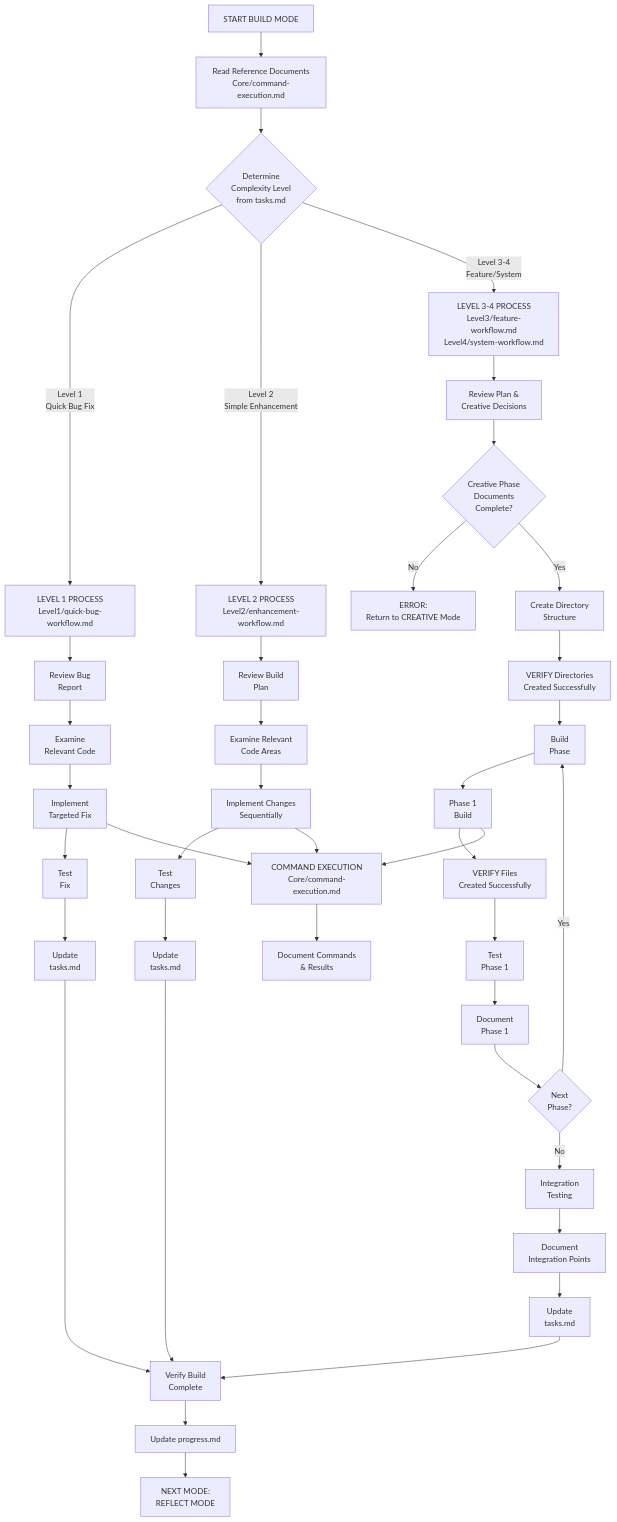
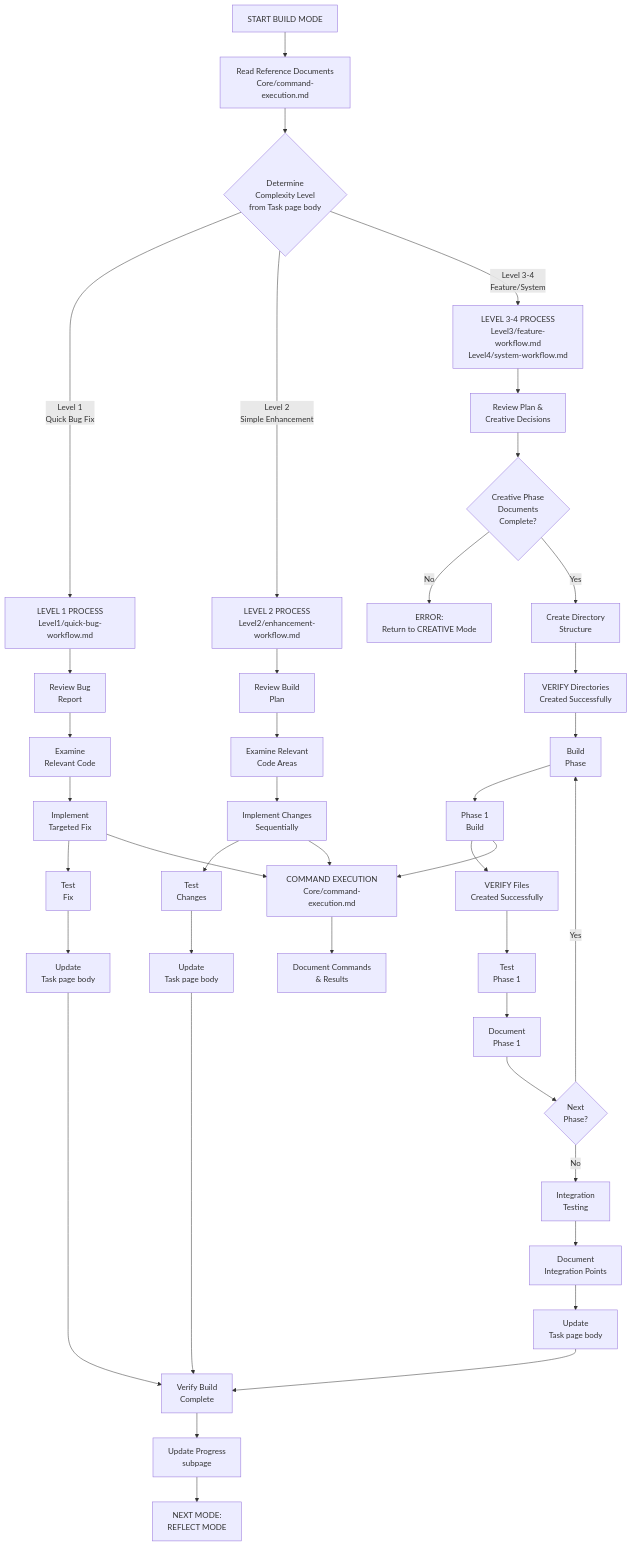
Before and after one commit to xianzhu21/cursor-memory-notion: the first of 5 diagrams in .cursor/rules/isolation_rules/visual-maps/build-mode-map.mdc, drawn with Mermaid. The commit also changed other lines of this file and 37 other files, not shown here.

````diff
--- a/.cursor/rules/isolation_rules/visual-maps/build-mode-map.mdc
+++ b/.cursor/rules/isolation_rules/visual-maps/build-mode-map.mdc
@@ -13,54 +17,54 @@
 ```mermaid
 graph TD
     Start["START BUILD MODE"] --> ReadDocs["Read Reference Documents<br>Core/command-execution.md"]
     
     %% Initialization
-    ReadDocs --> CheckLevel{"Determine<br>Complexity Level<br>from tasks.md"}
+    ReadDocs --> CheckLevel{"Determine<br>Complexity Level<br>from Task page body"}
     
     %% Level 1 Implementation
     CheckLevel -->|"Level 1<br>Quick Bug Fix"| L1Process["LEVEL 1 PROCESS<br>Level1/quick-bug-workflow.md"]
     L1Process --> L1Review["Review Bug<br>Report"]
     L1Review --> L1Examine["Examine<br>Relevant Code"]
     L1Examine --> L1Fix["Implement<br>Targeted Fix"]
     L1Fix --> L1Test["Test<br>Fix"]
-    L1Test --> L1Update["Update<br>tasks.md"]
+    L1Test --> L1Update["Update<br>Task page body"]
     
     %% Level 2 Implementation
     CheckLevel -->|"Level 2<br>Simple Enhancement"| L2Process["LEVEL 2 PROCESS<br>Level2/enhancement-workflow.md"]
     L2Process --> L2Review["Review Build<br>Plan"]
     L2Review --> L2Examine["Examine Relevant<br>Code Areas"]
     L2Examine --> L2Implement["Implement Changes<br>Sequentially"]
     L2Implement --> L2Test["Test<br>Changes"]
-    L2Test --> L2Update["Update<br>tasks.md"]
+    L2Test --> L2Update["Update<br>Task page body"]
     
     %% Level 3-4 Implementation
     CheckLevel -->|"Level 3-4<br>Feature/System"| L34Process["LEVEL 3-4 PROCESS<br>Level3/feature-workflow.md<br>Level4/system-workflow.md"]
     L34Process --> L34Review["Review Plan &<br>Creative Decisions"]
     L34Review --> L34Phase{"Creative Phase<br>Documents<br>Complete?"}
     
     L34Phase -->|"No"| L34Error["ERROR:<br>Return to CREATIVE Mode"]
     L34Phase -->|"Yes"| L34DirSetup["Create Directory<br>Structure"]
     L34DirSetup --> L34VerifyDirs["VERIFY Directories<br>Created Successfully"]
     L34VerifyDirs --> L34Implementation["Build<br>Phase"]
     
     %% Implementation Phases
     L34Implementation --> L34Phase1["Phase 1<br>Build"]
     L34Phase1 --> L34VerifyFiles["VERIFY Files<br>Created Successfully"]
     L34VerifyFiles --> L34Test1["Test<br>Phase 1"]
     L34Test1 --> L34Document1["Document<br>Phase 1"]
     L34Document1 --> L34Next1{"Next<br>Phase?"}
     L34Next1 -->|"Yes"| L34Implementation
     
     L34Next1 -->|"No"| L34Integration["Integration<br>Testing"]
     L34Integration --> L34Document["Document<br>Integration Points"]
-    L34Document --> L34Update["Update<br>tasks.md"]
+    L34Document --> L34Update["Update<br>Task page body"]
     
     %% Command Execution
     L1Fix & L2Implement & L34Phase1 --> CommandExec["COMMAND EXECUTION<br>Core/command-execution.md"]
     CommandExec --> DocCommands["Document Commands<br>& Results"]
     
     %% Completion & Transition
     L1Update & L2Update & L34Update --> VerifyComplete["Verify Build<br>Complete"]
-    VerifyComplete --> UpdateProgress["Update progress.md"]
+    VerifyComplete --> UpdateProgress["Update Progress<br>subpage"]
     UpdateProgress --> Transition["NEXT MODE:<br>REFLECT MODE"]
 ```
````
